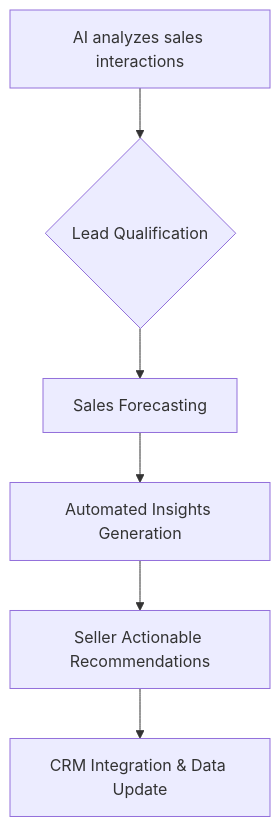
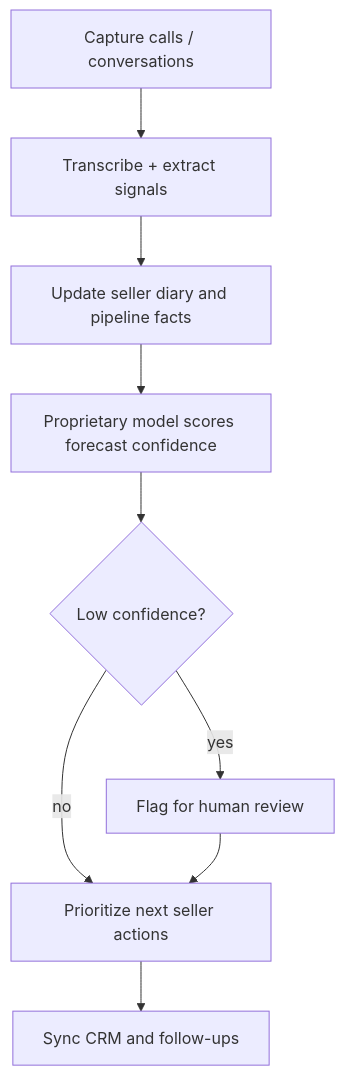
One commit to Angelguirao/product-leaders changed the diagram in companies/piper.md. Above: the diagram before and after it, drawn with Mermaid. The commit also changed other lines of this file and 16 other files, not shown here.

````diff
--- a/companies/piper.md
+++ b/companies/piper.md
@@ -12,8 +12,11 @@
 ```mermaid
 flowchart TD
-    A[AI analyzes sales interactions] --> B{Lead Qualification};
-    B --> C[Sales Forecasting];
-    C --> D[Automated Insights Generation];
-    D --> E[Seller Actionable Recommendations];
-    E --> F[CRM Integration & Data Update];
+    A[Capture calls / conversations] --> B[Transcribe + extract signals]
+    B --> C[Update seller diary and pipeline facts]
+    C --> D[Proprietary model scores forecast confidence]
+    D --> E{Low confidence?}
+    E -->|yes| F[Flag for human review]
+    E -->|no| G[Prioritize next seller actions]
+    F --> G
+    G --> H[Sync CRM and follow-ups]
 ```
````
